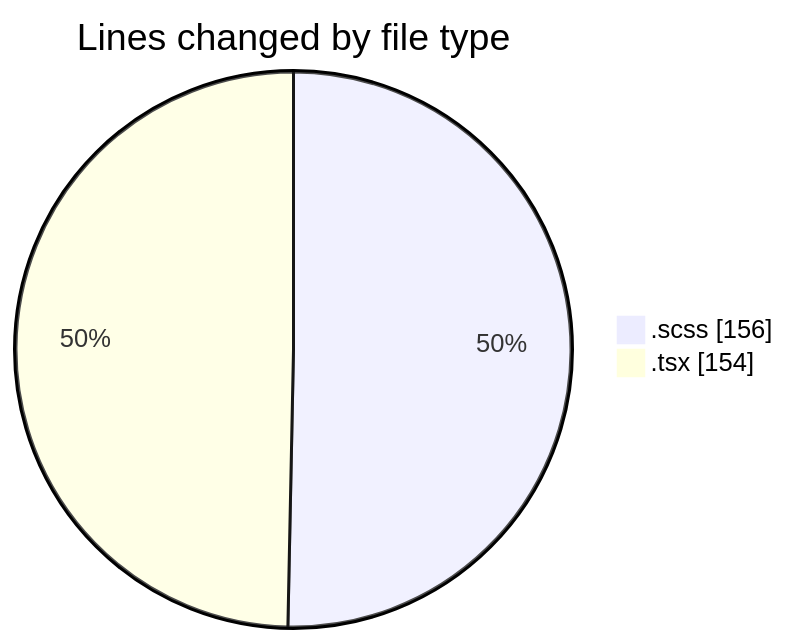
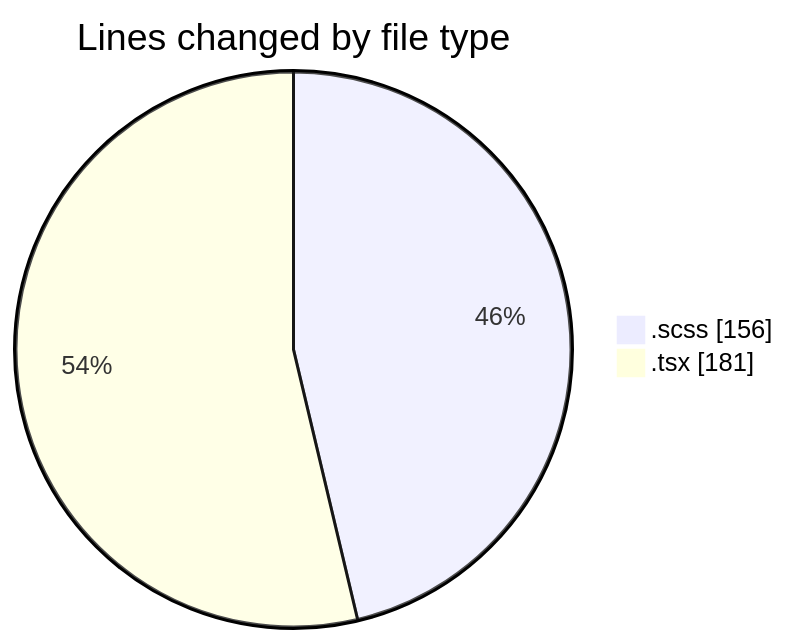
Before and after one commit to momahboobian/code-tracking: the first of 2 diagrams in 2025-03-04/cda/README.md, drawn with Mermaid. The commit also changed other lines of this file and 1 other file, not shown here.

````diff
--- a/2025-03-04/cda/README.md
+++ b/2025-03-04/cda/README.md
@@ -23,6 +23,6 @@
 ```mermaid
 pie showData
 title Lines changed by file type
 ".scss" : 156
-".tsx" : 154
+".tsx" : 181
 ```
````
